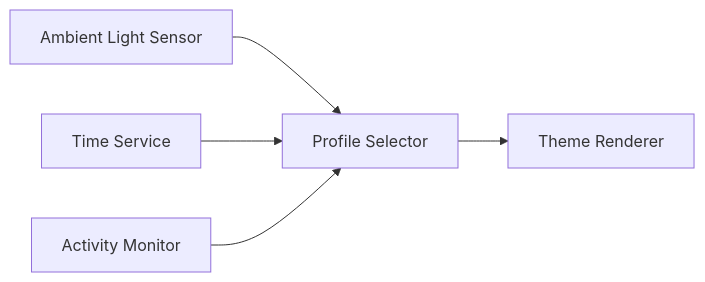
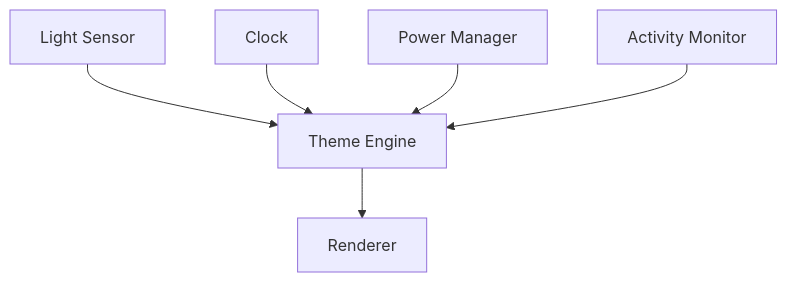
One commit to ayni-collective/docs changed the diagram in src/1-principles/adaptive-theming.md. Above: the diagram before and after it, drawn with Mermaid. The commit also changed other lines of this file and 7 other files, not shown here.

````diff
--- a/src/1-principles/adaptive-theming.md
+++ b/src/1-principles/adaptive-theming.md
@@ -115,7 +42,8 @@
 ```mermaid
-graph LR
-    A[Ambient Light Sensor] --> B[Profile Selector]
-    C[Time Service] --> B
-    D[Activity Monitor] --> B
-    B --> E[Theme Renderer]
+graph TB
+    A[Light Sensor] --> B[Theme Engine]
+    C[Clock] --> B
+    D[Power Manager] --> B
+    E[Activity Monitor] --> B
+    B --> F[Renderer]
 ```
````
